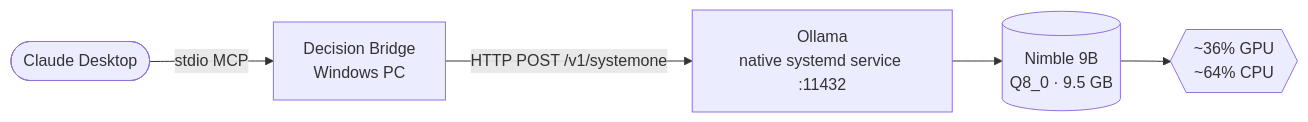
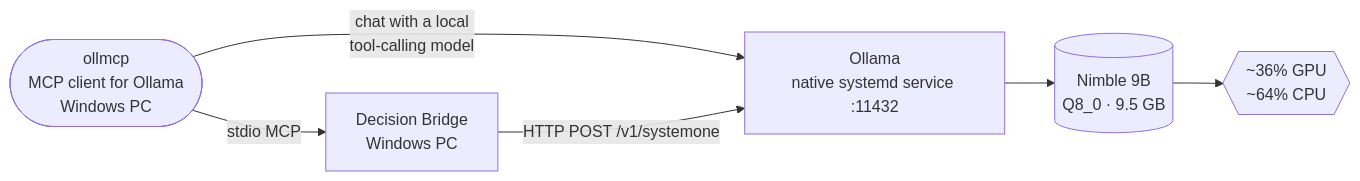
The diagram in docs/services/nimble.md (Shineori/homelab), drawn with Mermaid before and after one commit. The commit also changed other lines of this file, not shown here.

Commit message:
Nimble: describe the Decision Bridge setup with ollmcp and a local model instead of Claude Desktop

````diff
--- a/docs/services/nimble.md
+++ b/docs/services/nimble.md
@@ -23,7 +23,8 @@
 ```mermaid
 flowchart LR
-    claude([Claude Desktop]) -- stdio MCP --> bridge[Decision Bridge<br/>Windows PC]
+    client([ollmcp<br/>MCP client for Ollama<br/>Windows PC]) -- stdio MCP --> bridge[Decision Bridge<br/>Windows PC]
+    client -- "chat with a local<br/>tool-calling model" --> ollama
     bridge -- "HTTP POST /v1/systemone" --> ollama[Ollama<br/>native systemd service :11432]
     ollama --> nimble[(Nimble 9B<br/>Q8_0 · 9.5 GB)]
     nimble --> split{{"~36% GPU<br/>~64% CPU"}}
 ```
````
